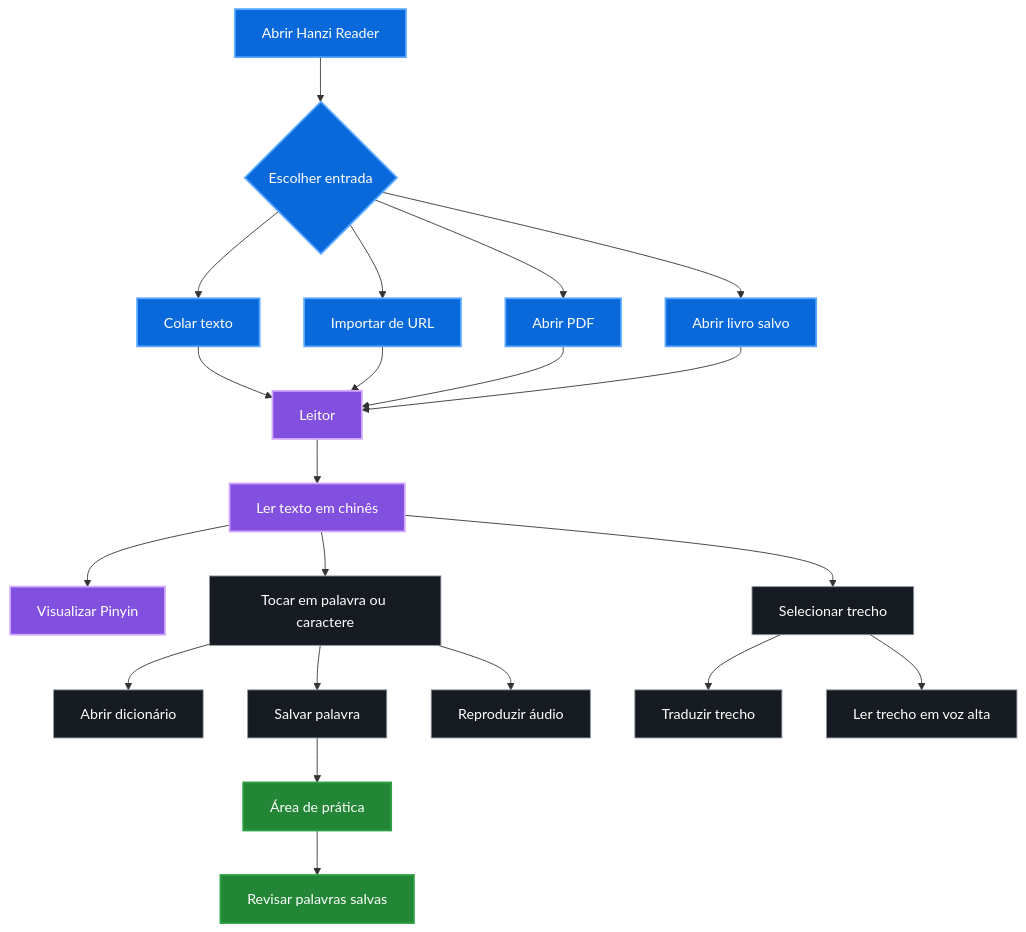
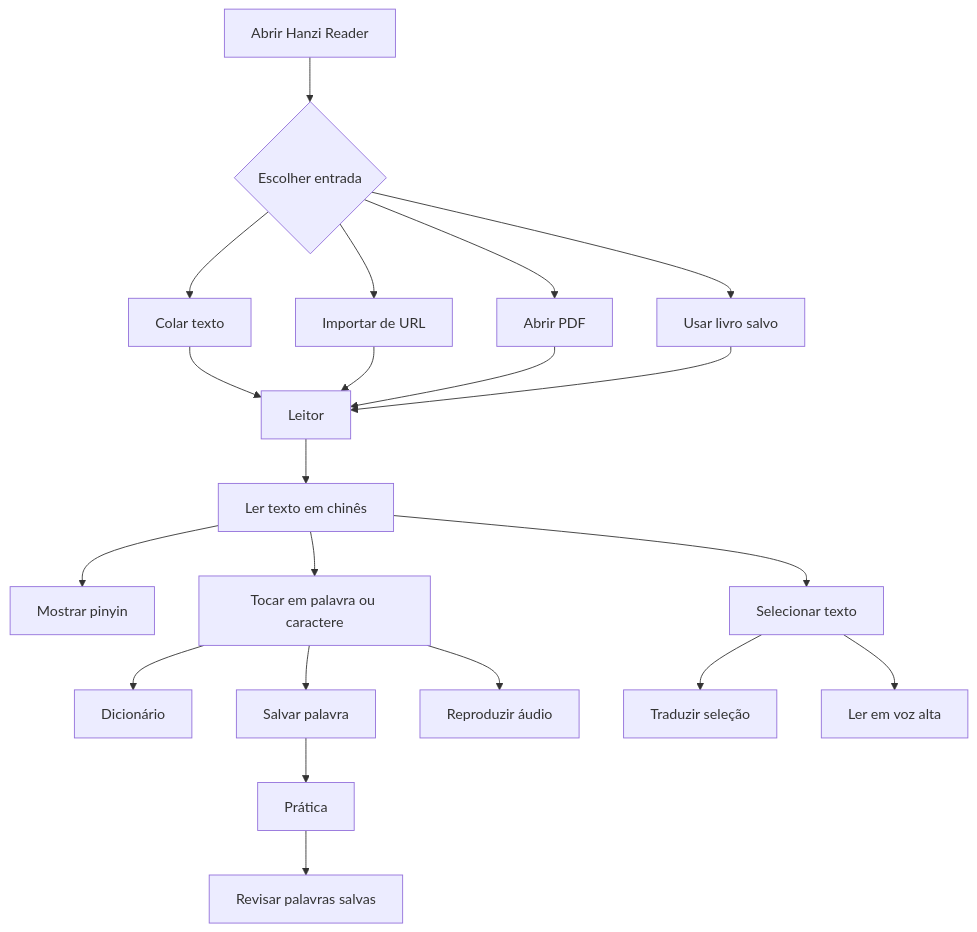
Before and after one commit to HyakkimaruPY/Hanzi-Reader: the second of 6 diagrams in LEIAME-PT-BR.md, drawn with Mermaid. The commit also changed other lines of this file, not shown here.

````diff
--- a/LEIAME-PT-BR.md
+++ b/LEIAME-PT-BR.md
@@ -142,39 +100,28 @@
 ```mermaid
 flowchart TD
-    A["Abrir Hanzi Reader"] --> B{"Escolher entrada"}
+    A[Abrir Hanzi Reader] --> B{Escolher entrada}
+    B --> C[Colar texto]
+    B --> D[Importar de URL]
+    B --> E[Abrir PDF]
+    B --> F[Usar livro salvo]
 
-    B --> C["Colar texto"]
-    B --> D["Importar de URL"]
-    B --> E["Abrir PDF"]
-    B --> F["Abrir livro salvo"]
-
-    C --> G["Leitor"]
+    C --> G[Leitor]
     D --> G
     E --> G
     F --> G
 
-    G --> H["Ler texto em chinês"]
-    H --> I["Visualizar Pinyin"]
-    H --> J["Tocar em palavra ou caractere"]
-    H --> K["Selecionar trecho"]
+    G --> H[Ler texto em chinês]
+    H --> I[Mostrar pinyin]
+    H --> J[Tocar em palavra ou caractere]
+    H --> K[Selecionar texto]
 
-    J --> L["Abrir dicionário"]
-    J --> M["Salvar palavra"]
-    J --> N["Reproduzir áudio"]
+    J --> L[Dicionário]
+    J --> M[Salvar palavra]
+    J --> N[Reproduzir áudio]
 
-    K --> O["Traduzir trecho"]
-    K --> P["Ler trecho em voz alta"]
+    K --> O[Traduzir seleção]
+    K --> P[Ler em voz alta]
 
-    M --> Q["Área de prática"]
-    Q --> R["Revisar palavras salvas"]
-
-    classDef input fill:#0969da,color:#ffffff,stroke:#58a6ff,stroke-width:2px;
-    classDef reader fill:#8250df,color:#ffffff,stroke:#d2a8ff,stroke-width:2px;
-    classDef action fill:#161b22,color:#ffffff,stroke:#8b949e,stroke-width:1px;
-    classDef study fill:#238636,color:#ffffff,stroke:#2ea043,stroke-width:2px;
-
-    class A,B,C,D,E,F input;
-    class G,H,I reader;
-    class J,K,L,M,N,O,P action;
-    class Q,R study;
+    M --> Q[Prática]
+    Q --> R[Revisar palavras salvas]
 ```
````
